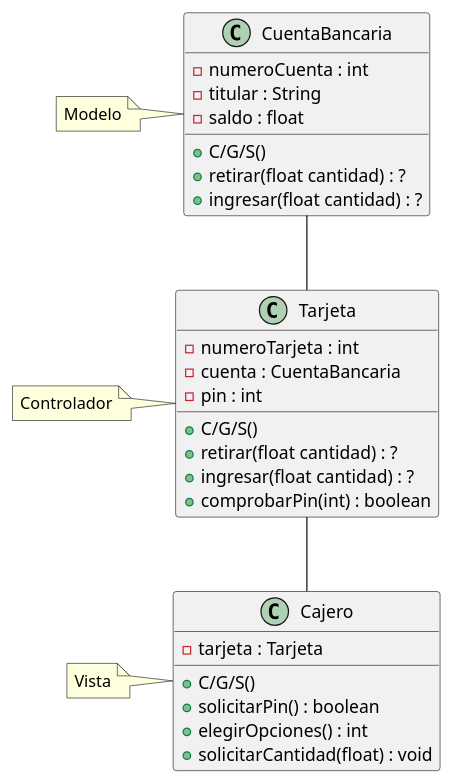
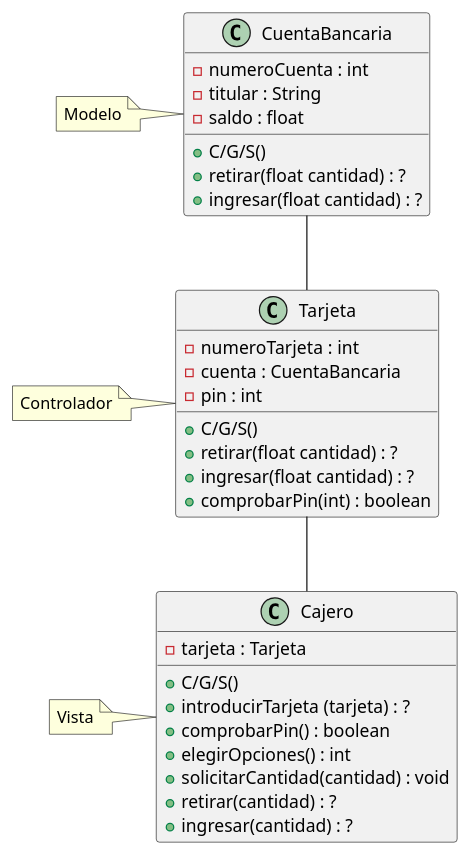
The diagram in src/EjerciciosClase/CajeroAutomatico/Cajero.puml (elprofesoremilio/DAM1_2425_Java), drawn with PlantUML before and after one commit. The commit also changed 5 other files, not shown here.

```diff
--- a/src/EjerciciosClase/CajeroAutomatico/Cajero.puml
+++ b/src/EjerciciosClase/CajeroAutomatico/Cajero.puml
@@ -1,40 +1,43 @@
 @startuml
 
 class CuentaBancaria {
     - numeroCuenta : int
     - titular : String
     - saldo : float
 
     + C/G/S()
     + retirar(float cantidad) : ?
     + ingresar(float cantidad) : ?
 }
 
 class Tarjeta {
     - numeroTarjeta : int
     - cuenta : CuentaBancaria
     - pin : int
 
     + C/G/S()
     + retirar(float cantidad) : ?
     + ingresar(float cantidad) : ?
     + comprobarPin(int) : boolean
 }
 
 class Cajero {
     - tarjeta : Tarjeta
 
     + C/G/S()
-    + solicitarPin() : boolean
+    + introducirTarjeta (tarjeta) : ?
+    + comprobarPin() : boolean
     + elegirOpciones() : int
-    + solicitarCantidad(float) : void
+    + solicitarCantidad(cantidad) : void
+    + retirar(cantidad) : ?
+    + ingresar(cantidad) : ?
 }
 
 Tarjeta -- Cajero
 CuentaBancaria -- Tarjeta
 
 note left of CuentaBancaria : Modelo
 note left of Tarjeta : Controlador
 note left of Cajero : Vista
 
 @enduml
```
